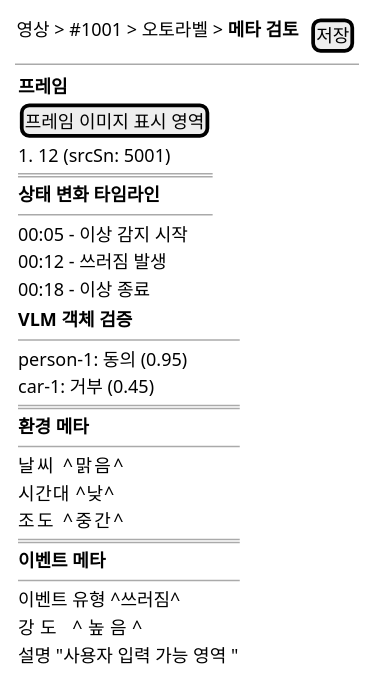
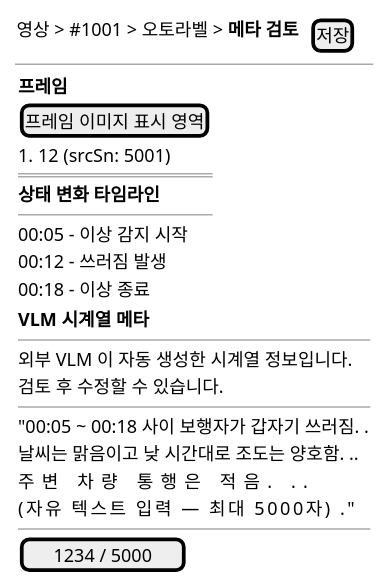
One commit to New-stella/klid-label changed the tenth of 27 diagrams in docs/design/D2-사용자인터페이스설계서.md. Above: the diagram before and after it, drawn with PlantUML. The commit also changed other lines of this file and 3 other files, not shown here.

````diff
--- a/docs/design/D2-사용자인터페이스설계서.md
+++ b/docs/design/D2-사용자인터페이스설계서.md
@@ -737,40 +744,35 @@
 ```plantuml
 @startsalt
 {
   { 영상 > #1001 > 오토라벨 > <b>메타 검토 | . | [저장] }
   --
   {
     {
       <b>프레임
       [프레임 이미지 표시 영역]
       #12 (srcSn: 5001)
       ===
       <b>상태 변화 타임라인
       ---
       00:05 - 이상 감지 시작
       00:12 - 쓰러짐 발생
       00:18 - 이상 종료
     }
     |
     {
-      <b>VLM 객체 검증
+      <b>VLM 시계열 메타
       ---
-      person-1: 동의 (0.95)
-      car-1: 거부 (0.45)
-      ===
-      <b>환경 메타
+      외부 VLM 이 자동 생성한 시계열 정보입니다.
+      검토 후 수정할 수 있습니다.
       ---
-      날씨    ^맑음^
-      시간대  ^낮^
-      조도    ^중간^
-      ===
-      <b>이벤트 메타
+      "00:05 ~ 00:18 사이 보행자가 갑자기 쓰러짐. .
+       날씨는 맑음이고 낮 시간대로 조도는 양호함. ..
+       주변 차량 통행은 적음.                        ..
+       (자유 텍스트 입력 — 최대 5000자)              ."
       ---
-      이벤트 유형 ^쓰러짐^
-      강도        ^높음^
-      설명 "사용자 입력 가능 영역 "
+      [ 1234 / 5000 ]
     }
   }
 }
 @endsalt
 ```
````
